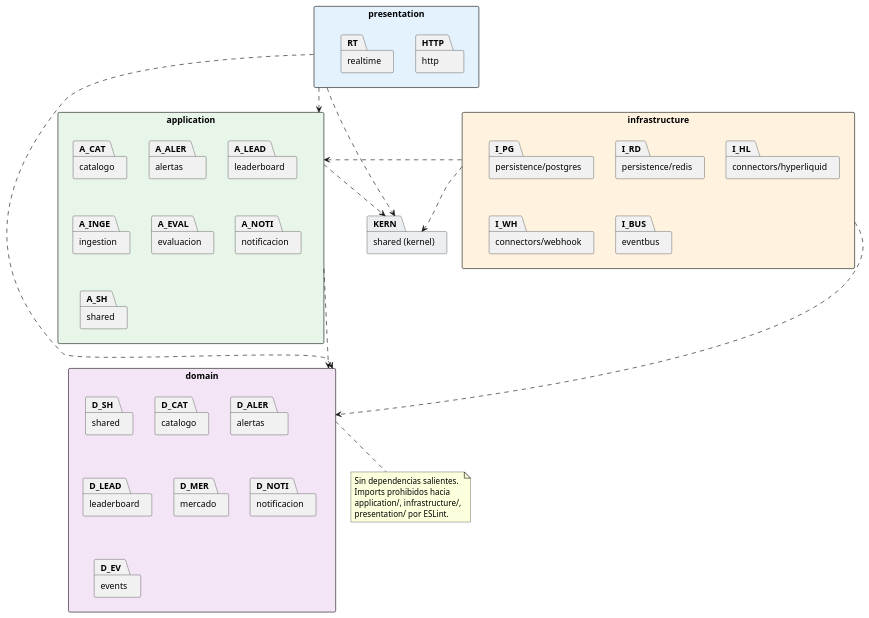
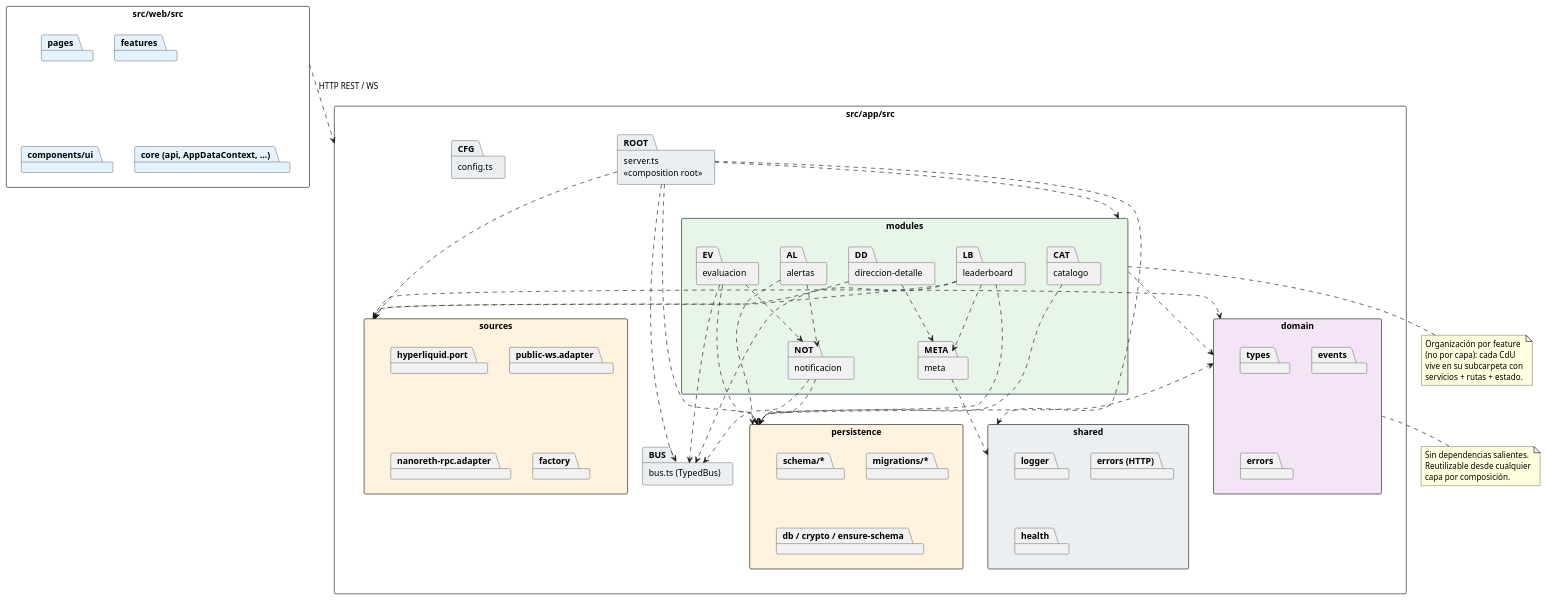
One commit to nekiiiiis/tfg changed the diagram in modelosUML/capitulo3/diseno-paquetes.puml. Above: the diagram before and after it, drawn with PlantUML. The commit also changed 40 other files, not shown here.

```diff
--- a/modelosUML/capitulo3/diseno-paquetes.puml
+++ b/modelosUML/capitulo3/diseno-paquetes.puml
@@ -1,57 +1,94 @@
 @startuml
 skinparam packageStyle rectangle
 skinparam shadowing false
 hide stereotype
 
-package "presentation" as PRES #E3F2FD {
-    package "http" as HTTP
-    package "realtime" as RT
+package "src/app/src" as APP {
+    package "server.ts\n<<composition root>>" as ROOT #ECEFF1
+    package "bus.ts (TypedBus)" as BUS #ECEFF1
+    package "config.ts" as CFG #ECEFF1
+
+    package "domain" as DOM #F3E5F5 {
+        package "types"
+        package "events"
+        package "errors"
+    }
+
+    package "sources" as SRC #FFF3E0 {
+        package "hyperliquid.port"
+        package "public-ws.adapter"
+        package "nanoreth-rpc.adapter"
+        package "factory"
+    }
+
+    package "modules" as MODS #E8F5E9 {
+        package "leaderboard" as LB
+        package "catalogo" as CAT
+        package "meta" as META
+        package "direccion-detalle" as DD
+        package "alertas" as AL
+        package "evaluacion" as EV
+        package "notificacion" as NOT
+    }
+
+    package "persistence" as PERS #FFF3E0 {
+        package "schema/*"
+        package "migrations/*"
+        package "db / crypto / ensure-schema"
+    }
+
+    package "shared" as SH #ECEFF1 {
+        package "logger"
+        package "errors (HTTP)"
+        package "health"
+    }
 }
 
-package "application" as APP #E8F5E9 {
-    package "catalogo" as A_CAT
-    package "alertas" as A_ALER
-    package "leaderboard" as A_LEAD
-    package "ingestion" as A_INGE
-    package "evaluacion" as A_EVAL
-    package "notificacion" as A_NOTI
-    package "shared" as A_SH
+package "src/web/src" as WEB {
+    package "pages" #E3F2FD
+    package "features" #E3F2FD
+    package "components/ui" #E3F2FD
+    package "core (api, AppDataContext, …)" #E3F2FD
 }
 
-package "infrastructure" as INFRA #FFF3E0 {
-    package "persistence/postgres" as I_PG
-    package "persistence/redis" as I_RD
-    package "connectors/hyperliquid" as I_HL
-    package "connectors/webhook" as I_WH
-    package "eventbus" as I_BUS
-}
+ROOT ..> MODS
+ROOT ..> SRC
+ROOT ..> PERS
+ROOT ..> SH
+ROOT ..> BUS
 
-package "domain" as DOM #F3E5F5 {
-    package "shared" as D_SH
-    package "catalogo" as D_CAT
-    package "alertas" as D_ALER
-    package "leaderboard" as D_LEAD
-    package "mercado" as D_MER
-    package "notificacion" as D_NOTI
-    package "events" as D_EV
-}
+LB ..> SRC
+LB ..> META
+LB ..> PERS
+LB ..> BUS
+CAT ..> PERS
+META ..> SH
+DD ..> SRC
+DD ..> META
+AL ..> PERS
+AL ..> NOT
+EV ..> BUS
+EV ..> PERS
+EV ..> NOT
+NOT ..> PERS
+NOT ..> BUS
+SRC ..> DOM
+PERS ..> DOM
+MODS ..> DOM
 
-package "shared (kernel)" as KERN #ECEFF1
-
-PRES ..> APP
-INFRA ..> APP
-APP ..> DOM
-PRES ..> DOM
-INFRA ..> DOM
-PRES ..> KERN
-APP ..> KERN
-INFRA ..> KERN
+WEB ..> APP : HTTP REST / WS
 
 note bottom of DOM
   Sin dependencias salientes.
-  Imports prohibidos hacia
-  application/, infrastructure/,
-  presentation/ por ESLint.
+  Reutilizable desde cualquier
+  capa por composición.
+end note
+
+note bottom of MODS
+  Organización por feature
+  (no por capa): cada CdU
+  vive en su subcarpeta con
+  servicios + rutas + estado.
 end note
 
 @enduml
```
